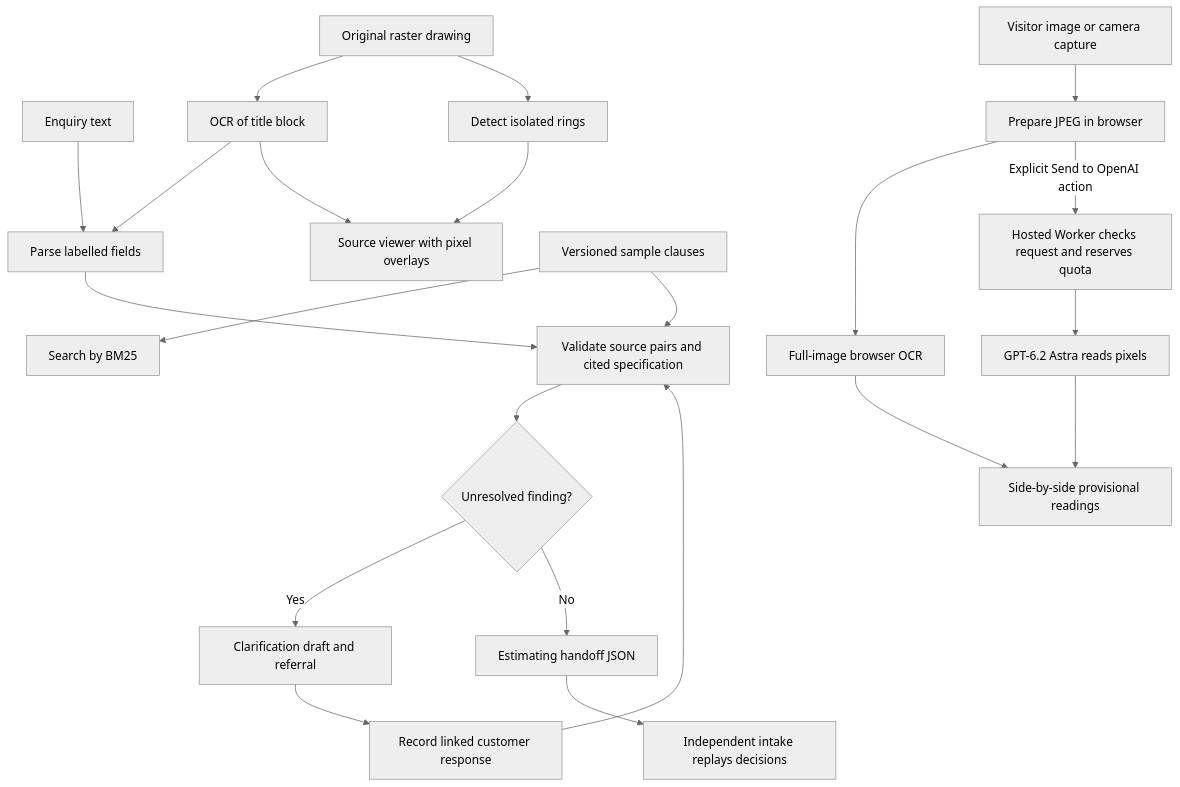
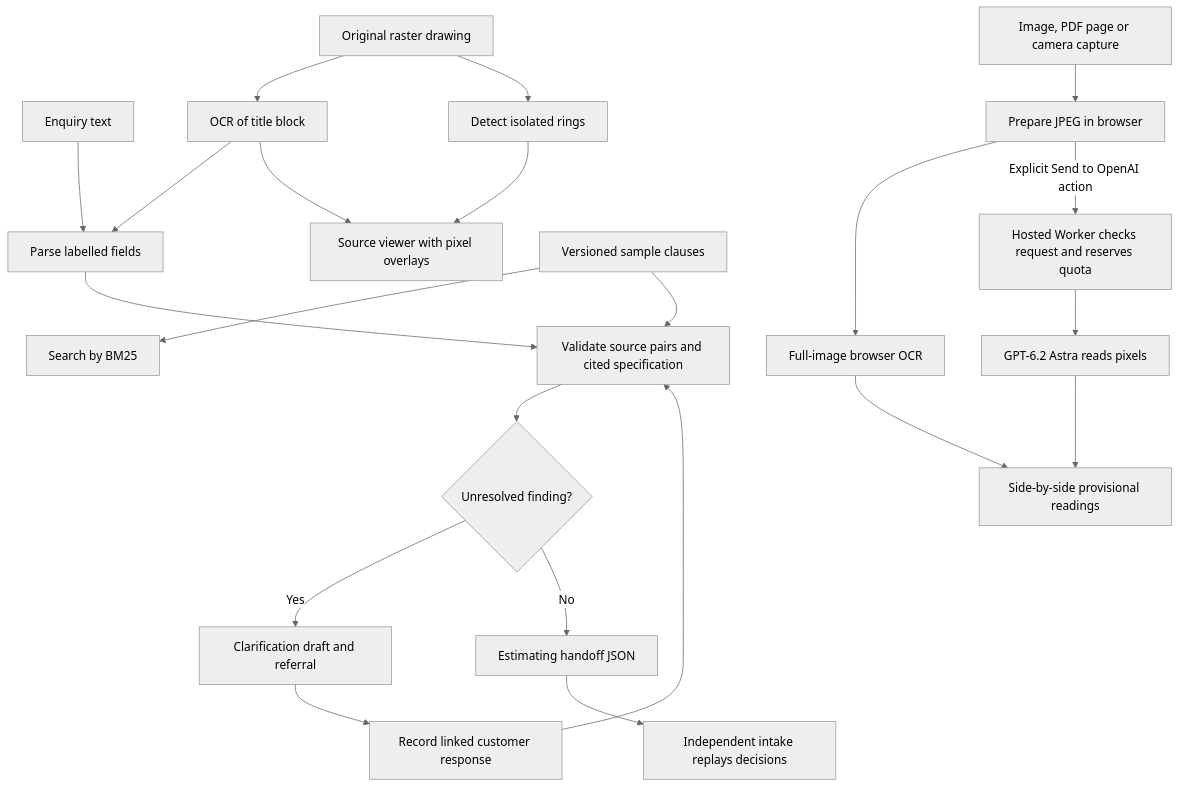
Before and after one commit to rongsenzhang/drawing-desk: the diagram in docs/architecture.md, drawn with Mermaid (neutral theme). The commit also changed other lines of this file and 225 other files, not shown here.

Commit message:
Add selected-page PDF and camera review with independent live upload evidence

````diff
--- a/docs/architecture.md
+++ b/docs/architecture.md
@@ -7,24 +7,24 @@
 ```mermaid
 flowchart TD
     R[Enquiry text] --> P[Parse labelled fields]
     S[Original raster drawing] --> O[OCR of title block]
     S --> G[Detect isolated rings]
     O --> P
     G --> V[Source viewer with pixel overlays]
     O --> V
     C[Versioned sample clauses] --> Q[Search by BM25]
     C --> F[Validate source pairs and cited specification]
     P --> F
     F --> H{Unresolved finding?}
     H -->|Yes| D[Clarification draft and referral]
     D --> E[Record linked customer response]
     E --> F
     H -->|No| X[Estimating handoff JSON]
     X --> I[Independent intake replays decisions]
-    U[Visitor image or camera capture] --> J[Prepare JPEG in browser]
+    U[Image, PDF page or camera capture] --> J[Prepare JPEG in browser]
     J --> L[Full-image browser OCR]
     J -->|Explicit Send to OpenAI action| W[Hosted Worker checks request and reserves quota]
     W --> M[GPT-6.2 Astra reads pixels]
     L --> B[Side-by-side provisional readings]
     M --> B
 ```
````
